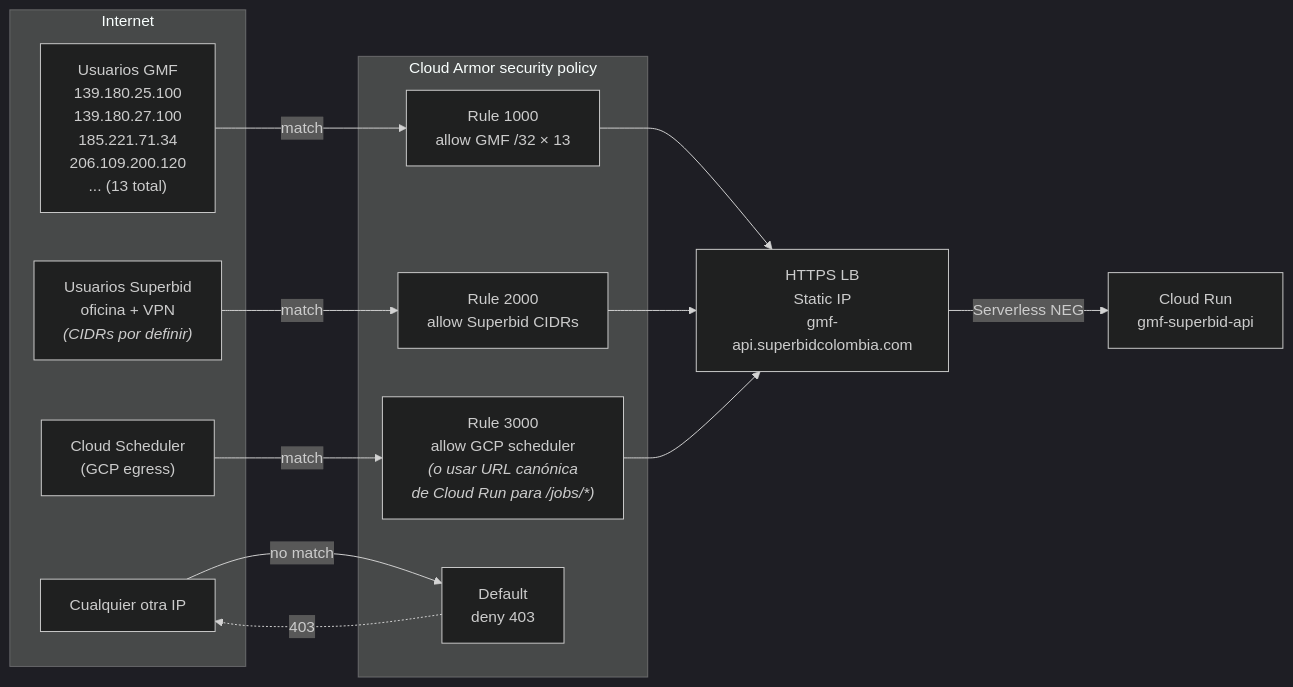
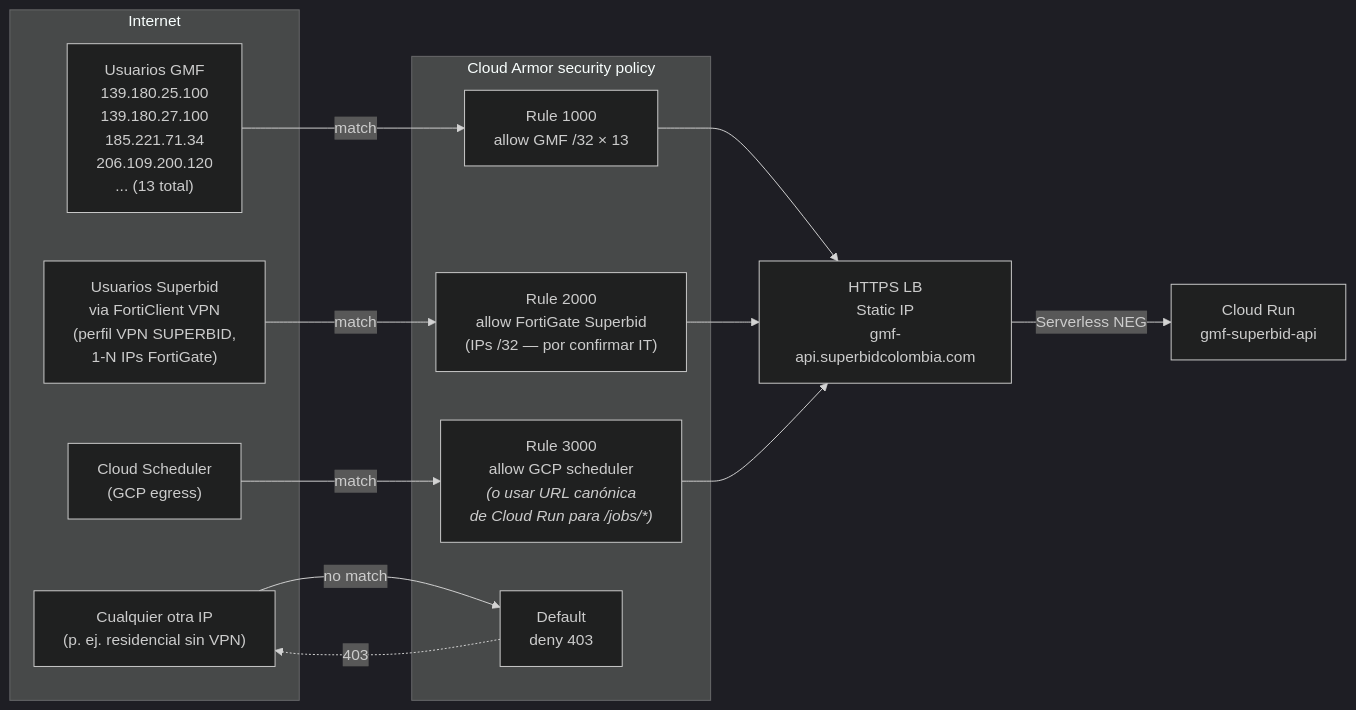
Before and after one commit to sb-dataops/informegmf: the second of 4 diagrams in docs/arquitectura.md, drawn with Mermaid (dark theme). The commit also changed other lines of this file and 6 other files, not shown here.

First line of the commit message:
docs: borrador respuesta Edwin + mensaje IT con FortiClient VPN obligatoria

````diff
--- a/docs/arquitectura.md
+++ b/docs/arquitectura.md
@@ -72,29 +74,29 @@
 ```mermaid
 flowchart LR
     subgraph internet["Internet"]
         gmf["Usuarios GMF<br/>139.180.25.100<br/>139.180.27.100<br/>185.221.71.34<br/>206.109.200.120<br/>... (13 total)"]
-        sb["Usuarios Superbid<br/>oficina + VPN<br/><i>(CIDRs por definir)</i>"]
+        sb["Usuarios Superbid<br/>via FortiClient VPN<br/>(perfil VPN SUPERBID,<br/>1-N IPs FortiGate)"]
         scheduler["Cloud Scheduler<br/>(GCP egress)"]
-        else["Cualquier otra IP"]
+        else["Cualquier otra IP<br/>(p. ej. residencial sin VPN)"]
     end
 
     subgraph policy["Cloud Armor security policy"]
         r1["Rule 1000<br/>allow GMF /32 × 13"]
-        r2["Rule 2000<br/>allow Superbid CIDRs"]
+        r2["Rule 2000<br/>allow FortiGate Superbid<br/>(IPs /32 — por confirmar IT)"]
         r3["Rule 3000<br/>allow GCP scheduler<br/><i>(o usar URL canónica<br/>de Cloud Run para /jobs/*)</i>"]
         rd["Default<br/>deny 403"]
     end
 
     lb["HTTPS LB<br/>Static IP<br/>gmf-api.superbidcolombia.com"]
     cr["Cloud Run<br/>gmf-superbid-api"]
 
     gmf -->|match| r1
     sb -->|match| r2
     scheduler -->|match| r3
     else -->|no match| rd
     r1 --> lb
     r2 --> lb
     r3 --> lb
     rd -.->|"403"| else
     lb -->|Serverless NEG| cr
 ```
````
